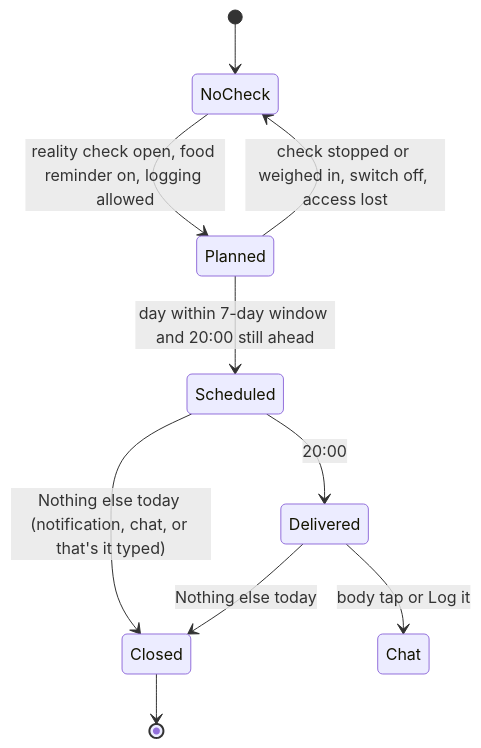
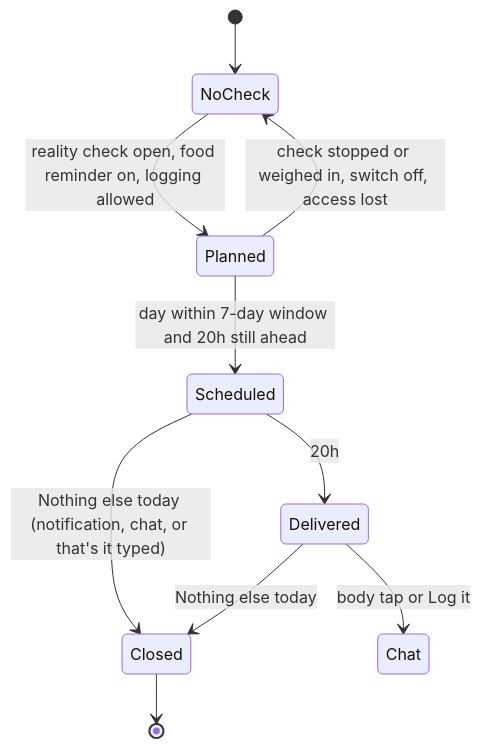
One commit to evandroviskis/dosetrace changed the ninth of 9 diagrams in docs/product/research/03-reminders.md. Above: the diagram before and after it, drawn with Mermaid. The commit also changed other lines of this file and 28 other files, not shown here.

Commit message:
docs/product: verification round 1 corrections applied to PRD, TRD, dossiers, flows, registers and the Portuguese questions (21 OPEN, 54 AD, 65 DL, 218 DV); all 105 diagrams parse

````diff
--- a/docs/product/research/03-reminders.md
+++ b/docs/product/research/03-reminders.md
@@ -458,12 +473,12 @@
 ```mermaid
 stateDiagram-v2
     [*] --> NoCheck
     NoCheck --> Planned: reality check open, food reminder on, logging allowed
-    Planned --> Scheduled: day within 7-day window and 20:00 still ahead
+    Planned --> Scheduled: day within 7-day window and 20h still ahead
     Scheduled --> Closed: Nothing else today (notification, chat, or that's it typed)
-    Scheduled --> Delivered: 20:00
+    Scheduled --> Delivered: 20h
     Delivered --> Closed: Nothing else today
     Delivered --> Chat: body tap or Log it
     Planned --> NoCheck: check stopped or weighed in, switch off, access lost
     Closed --> [*]
 ```
````
